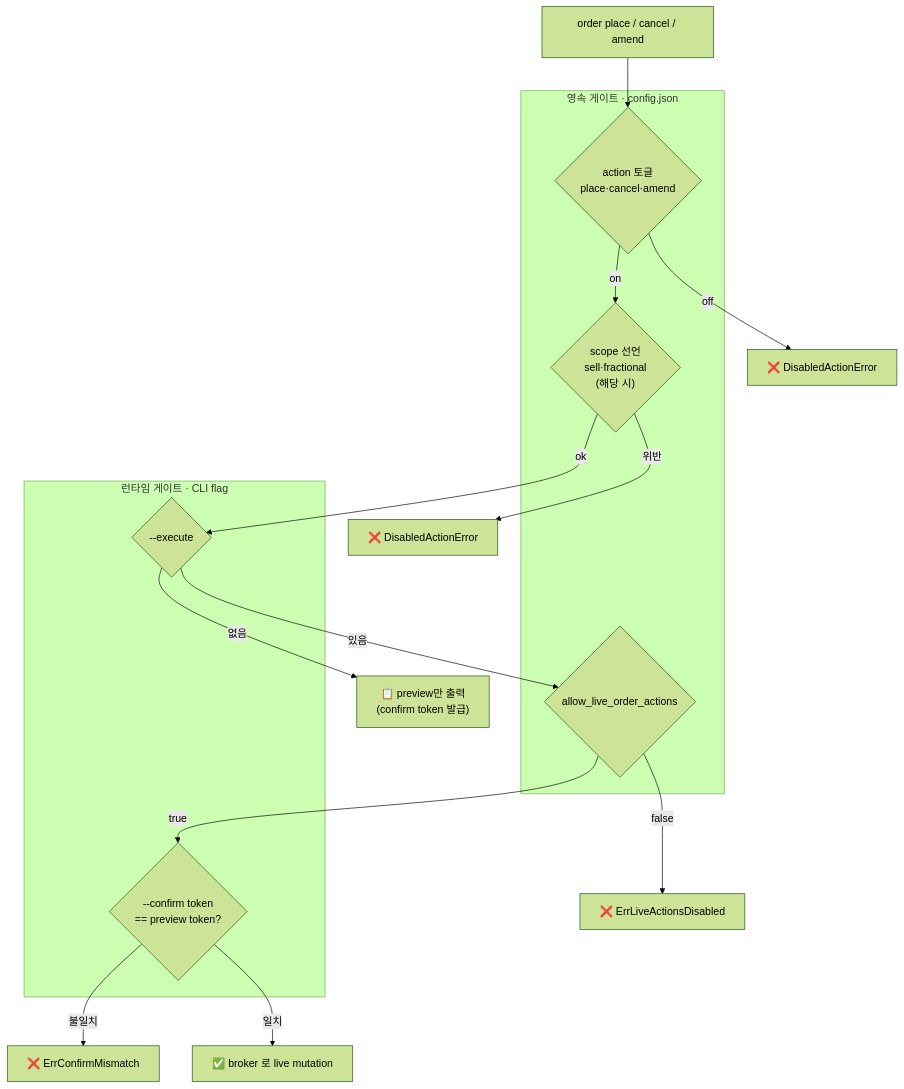
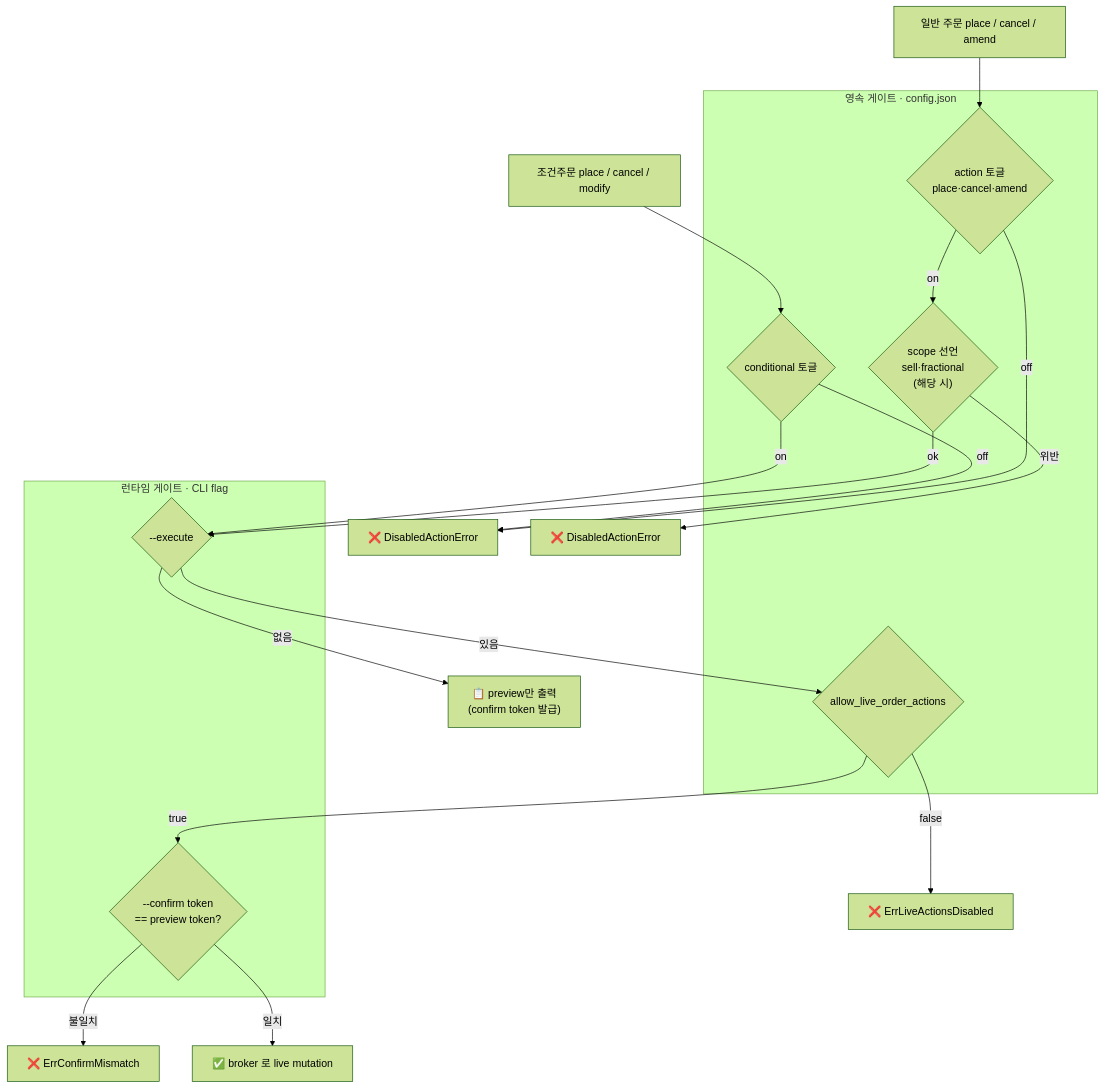
Before and after one commit to JungHoonGhae/tossinvest-cli: the diagram in README.md, drawn with Mermaid (forest theme). The commit also changed other lines of this file and 21 other files, not shown here.

````diff
--- a/README.md
+++ b/README.md
@@ -416,24 +416,28 @@
 ```mermaid
 flowchart TD
-    A["order place / cancel / amend"] --> P{"action 토글<br/>place·cancel·amend"}
+    A["일반 주문 place / cancel / amend"] --> P{"action 토글<br/>place·cancel·amend"}
+    AC["조건주문 place / cancel / modify"] --> PC{"conditional 토글"}
     P -->|off| X1["❌ DisabledActionError"]
     P -->|on| S{"scope 선언<br/>sell·fractional<br/>(해당 시)"}
     S -->|위반| X2["❌ DisabledActionError"]
     S -->|ok| E{"--execute"}
+    PC -->|off| X1
+    PC -->|on| E
     E -->|없음| PV["📋 preview만 출력<br/>(confirm token 발급)"]
     E -->|있음| M{"allow_live_order_actions"}
     M -->|false| X3["❌ ErrLiveActionsDisabled"]
     M -->|true| C{"--confirm token<br/>== preview token?"}
     C -->|불일치| X4["❌ ErrConfirmMismatch"]
     C -->|일치| GO["✅ broker 로 live mutation"]
 
     subgraph CFG["영속 게이트 · config.json"]
         P
+        PC
         S
         M
     end
     subgraph RT["런타임 게이트 · CLI flag"]
         E
         C
     end
 ```
````
